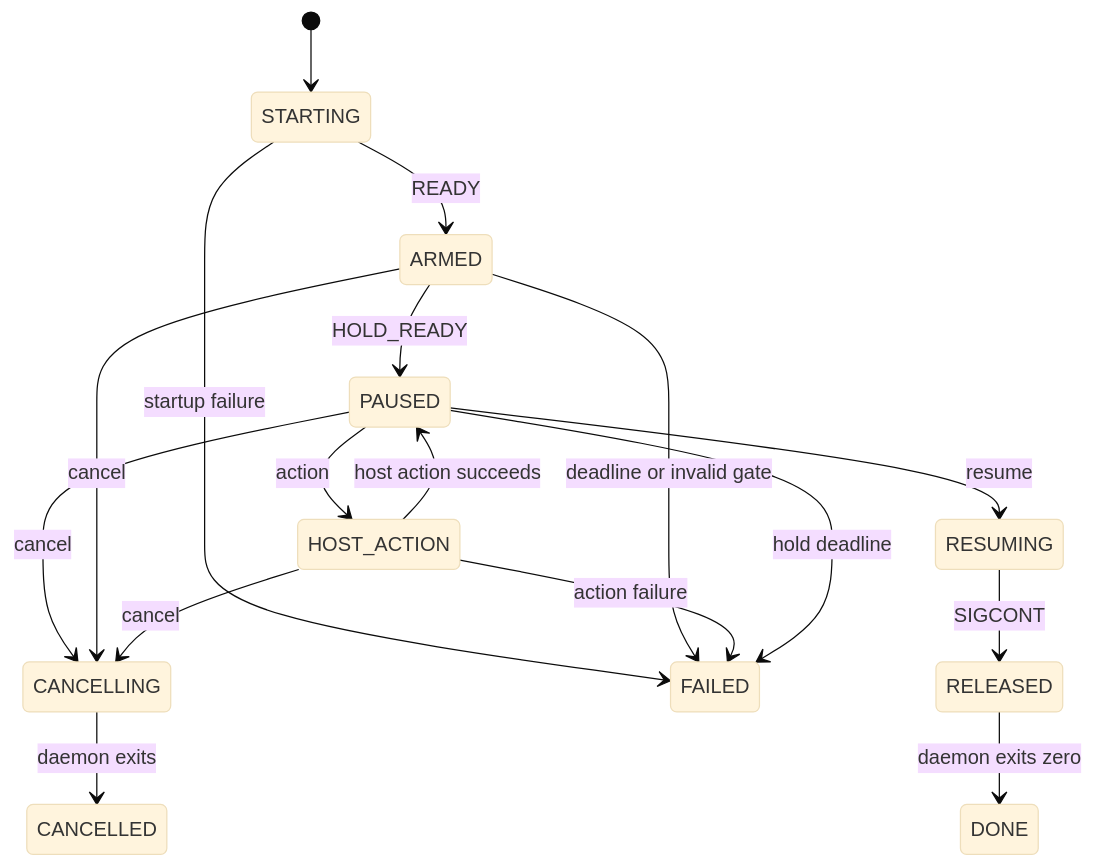
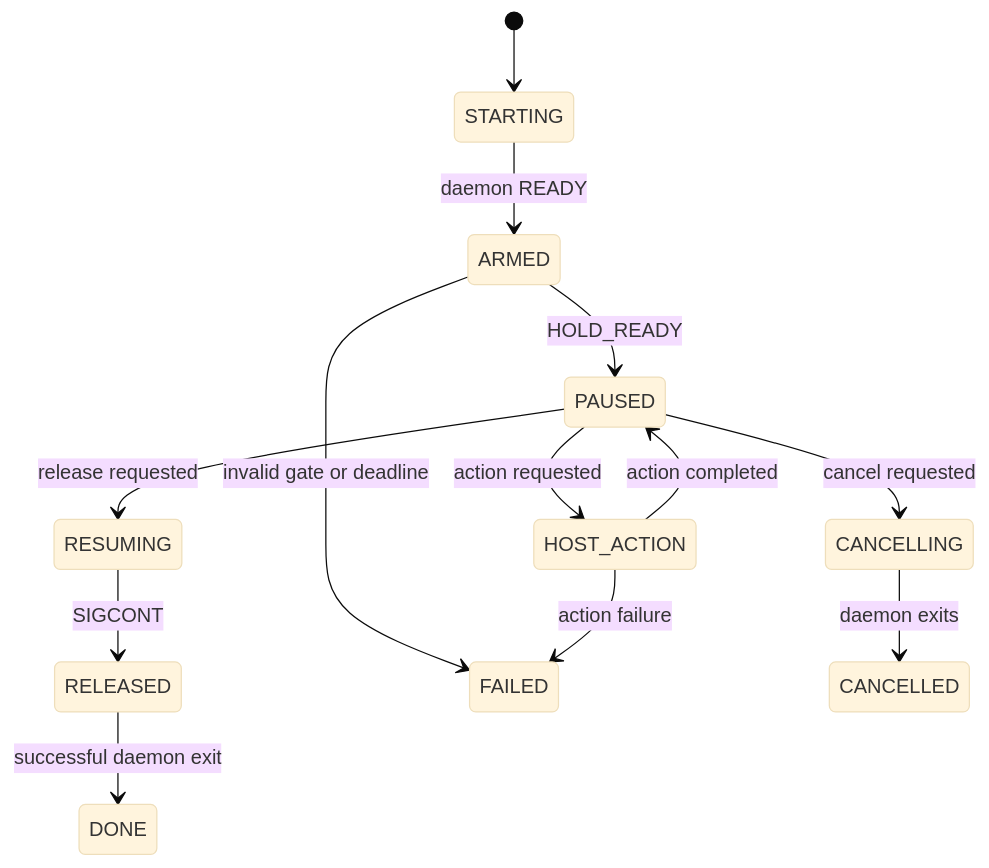
One commit to kundanthebest/uvp changed the diagram in docs/ARCHITECTURE.md. Above: the diagram before and after it, drawn with Mermaid (base theme). The commit also changed other lines of this file and 64 other files, not shown here.

````diff
--- a/docs/ARCHITECTURE.md
+++ b/docs/ARCHITECTURE.md
@@ -48,19 +7,15 @@
 ```mermaid
 stateDiagram-v2
     [*] --> STARTING
-    STARTING --> ARMED: READY
+    STARTING --> ARMED: daemon READY
     ARMED --> PAUSED: HOLD_READY
-    PAUSED --> HOST_ACTION: action
-    HOST_ACTION --> PAUSED: host action succeeds
-    PAUSED --> RESUMING: resume
+    PAUSED --> HOST_ACTION: action requested
+    HOST_ACTION --> PAUSED: action completed
+    PAUSED --> RESUMING: release requested
     RESUMING --> RELEASED: SIGCONT
-    RELEASED --> DONE: daemon exits zero
-    STARTING --> FAILED: startup failure
-    ARMED --> FAILED: deadline or invalid gate
+    RELEASED --> DONE: successful daemon exit
+    ARMED --> FAILED: invalid gate or deadline
     HOST_ACTION --> FAILED: action failure
-    PAUSED --> FAILED: hold deadline
-    PAUSED --> CANCELLING: cancel
-    ARMED --> CANCELLING: cancel
-    HOST_ACTION --> CANCELLING: cancel
+    PAUSED --> CANCELLING: cancel requested
     CANCELLING --> CANCELLED: daemon exits
 ```
````
